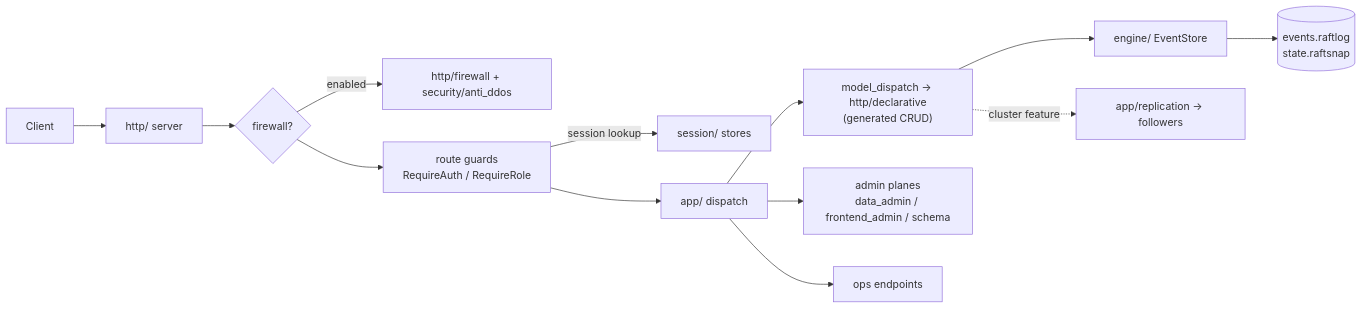
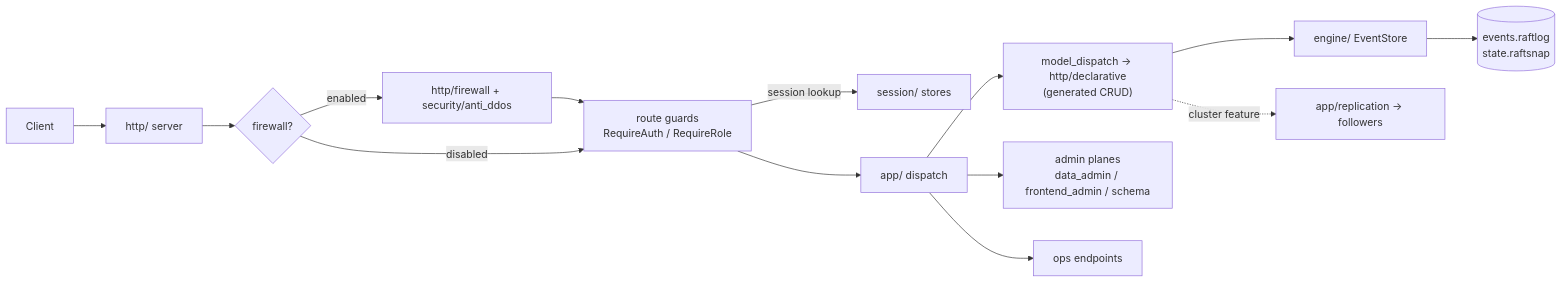
One commit to lithair/lithair changed the diagram in docs/architecture/code-map.md. Above: the diagram before and after it, drawn with Mermaid.

Commit message:
docs: fix firewall dead-end in the request-flow diagram (Gemini #165)

````diff
--- a/docs/architecture/code-map.md
+++ b/docs/architecture/code-map.md
@@ -31,15 +31,16 @@
 ```mermaid
 flowchart LR
     C[Client] --> H[http/ server]
     H --> FW{firewall?}
     FW -->|enabled| F[http/firewall + security/anti_ddos]
-    FW --> G[route guards<br/>RequireAuth / RequireRole]
+    F --> G
+    FW -->|disabled| G[route guards<br/>RequireAuth / RequireRole]
     G -->|session lookup| S[session/ stores]
     G --> D[app/ dispatch]
     D --> M["model_dispatch → http/declarative<br/>(generated CRUD)"]
     D --> A["admin planes<br/>data_admin / frontend_admin / schema"]
     D --> O[ops endpoints]
     M --> E[engine/ EventStore]
     E --> DISK[(events.raftlog<br/>state.raftsnap)]
     M -.->|cluster feature| R[app/replication → followers]
 ```
````
